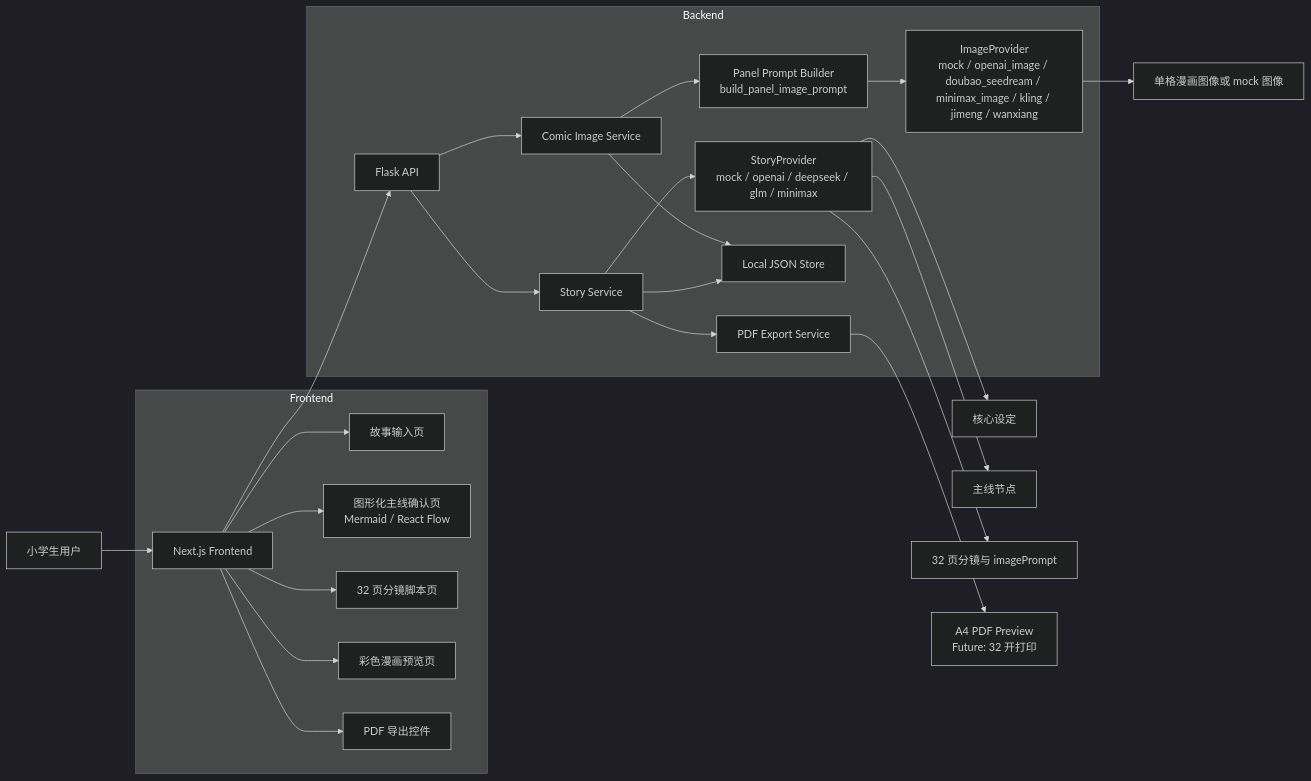
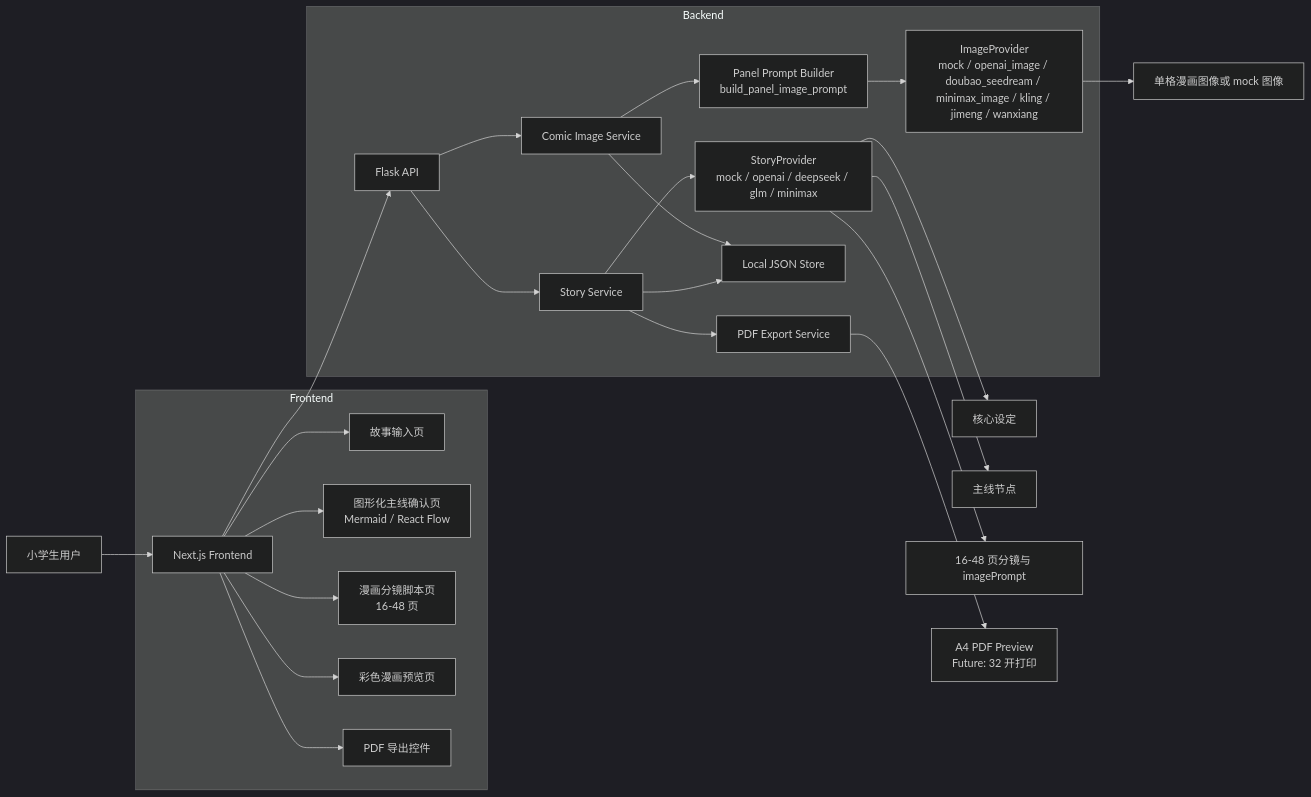
One commit to yaochx/KidsMindSpark changed the diagram in docs/ARCHITECTURE.md. Above: the diagram before and after it, drawn with Mermaid (dark theme). The commit also changed other lines of this file and 27 other files, not shown here.

````diff
--- a/docs/ARCHITECTURE.md
+++ b/docs/ARCHITECTURE.md
@@ -23,32 +23,32 @@
 ```mermaid
 flowchart LR
     U[小学生用户] --> FE[Next.js Frontend]
 
     subgraph Frontend[Frontend]
         FE --> Input[故事输入页]
         FE --> Timeline[图形化主线确认页<br/>Mermaid / React Flow]
-        FE --> Script[32 页分镜脚本页]
+        FE --> Script[漫画分镜脚本页<br/>16-48 页]
         FE --> Preview[彩色漫画预览页]
         FE --> ExportUI[PDF 导出控件]
     end
 
     FE --> API[Flask API]
 
     subgraph Backend[Backend]
         API --> StoryService[Story Service]
         API --> ComicService[Comic Image Service]
         StoryService --> StoryProvider[StoryProvider<br/>mock / openai / deepseek / glm / minimax]
         ComicService --> PromptBuilder[Panel Prompt Builder<br/>build_panel_image_prompt]
         PromptBuilder --> ImageProvider[ImageProvider<br/>mock / openai_image / doubao_seedream / minimax_image / kling / jimeng / wanxiang]
         StoryService --> JsonStore[Local JSON Store]
         ComicService --> JsonStore
         StoryService --> PdfService[PDF Export Service]
     end
 
     StoryProvider --> Outline[核心设定]
     StoryProvider --> TimelineData[主线节点]
-    StoryProvider --> ScriptData[32 页分镜与 imagePrompt]
+    StoryProvider --> ScriptData[16-48 页分镜与 imagePrompt]
     ImageProvider --> ComicImages[单格漫画图像或 mock 图像]
 
     PdfService --> PDF[A4 PDF Preview<br/>Future: 32 开打印]
 ```
````
